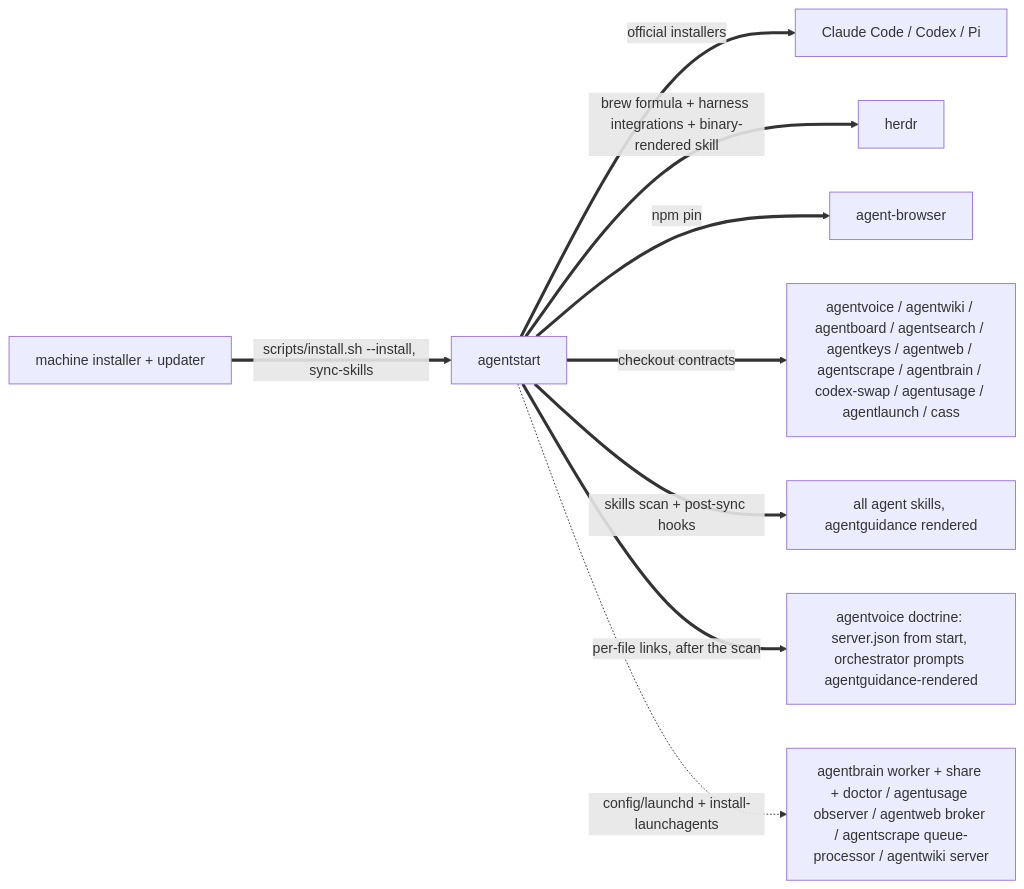
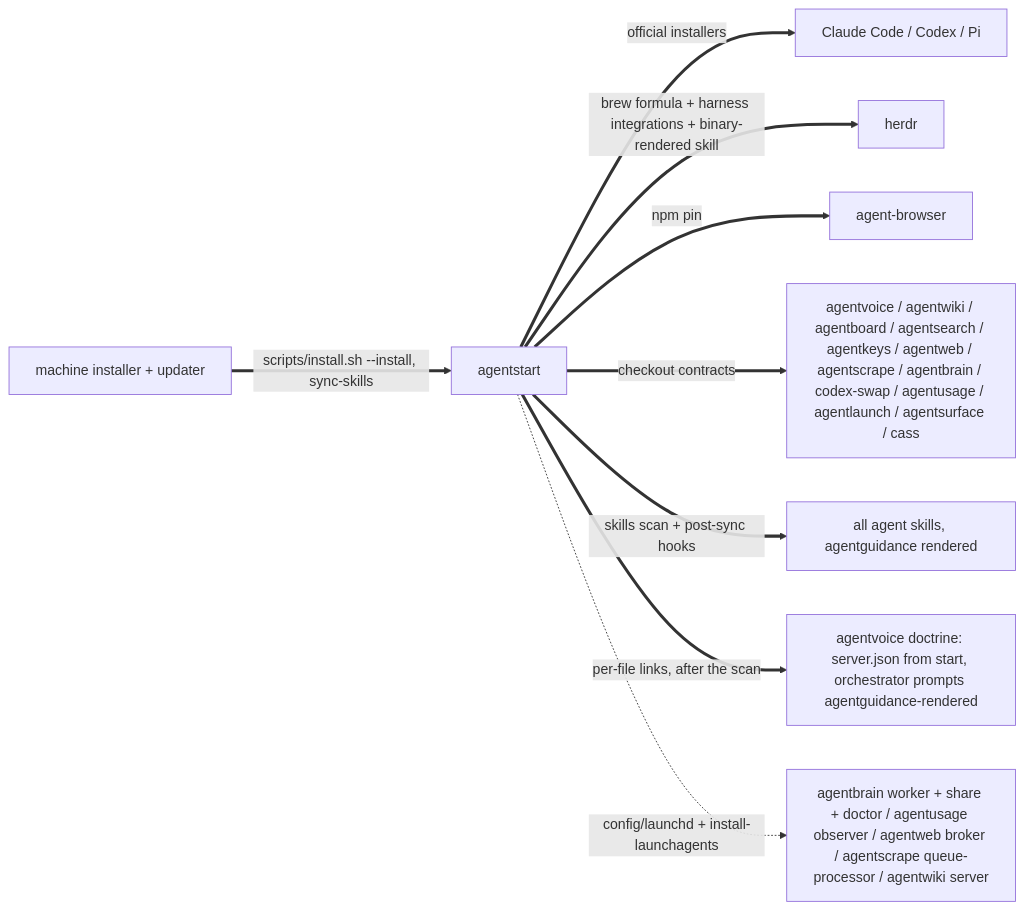
The second of 3 diagrams in skills/fleet/MAP.md (possibilities/agentdots), drawn with Mermaid before and after one commit. The commit also changed other lines of this file and 4 other files, not shown here.

First line of the commit message:
Adopt agentsurface: checkout contract, herdr plugin link, cleanup un-retire

````diff
--- a/skills/fleet/MAP.md
+++ b/skills/fleet/MAP.md
@@ -73,14 +74,14 @@
 ```mermaid
 flowchart LR
     machine[machine installer + updater]
     start[agentstart]
 
     machine ==>|scripts/install.sh --install, sync-skills| start
     start ==>|official installers| harnesses[Claude Code / Codex / Pi]
     start ==>|brew formula + harness integrations + binary-rendered skill| herdrInstall[herdr]
     start ==>|npm pin| browser[agent-browser]
-    start ==>|checkout contracts| fleet[agentvoice / agentwiki / agentboard / agentsearch / agentkeys / agentweb / agentscrape / agentbrain / codex-swap / agentusage / agentlaunch / cass]
+    start ==>|checkout contracts| fleet[agentvoice / agentwiki / agentboard / agentsearch / agentkeys / agentweb / agentscrape / agentbrain / codex-swap / agentusage / agentlaunch / agentsurface / cass]
     start ==>|skills scan + post-sync hooks| skills[all agent skills, agentguidance rendered]
     start ==>|per-file links, after the scan| voiceDoctrine[agentvoice doctrine: server.json from start, orchestrator prompts agentguidance-rendered]
     start -.->|config/launchd + install-launchagents| services[agentbrain worker + share + doctor / agentusage observer / agentweb broker / agentscrape queue-processor / agentwiki server]
 ```
````
